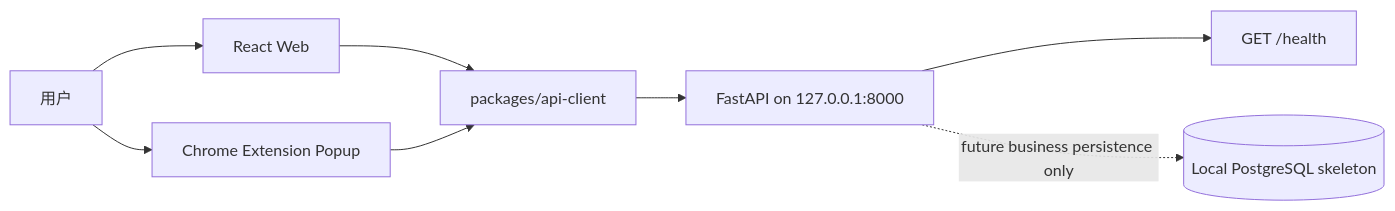
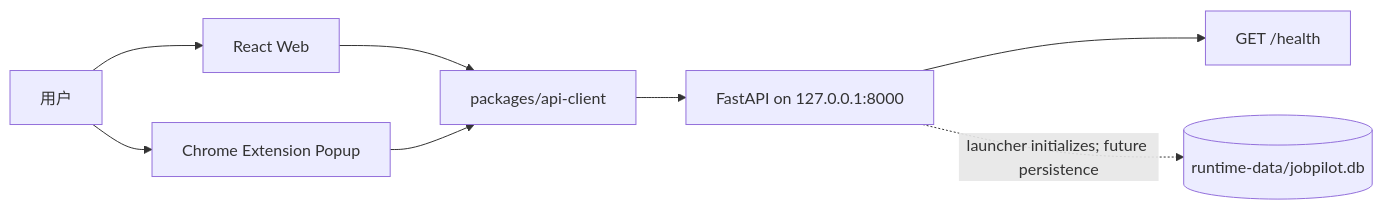
One commit to xiaoxin12138888-svg/JobPilot changed the diagram in docs/ARCHITECTURE.md. Above: the diagram before and after it, drawn with Mermaid. The commit also changed other lines of this file and 14 other files, not shown here.

Commit message:
docs(runtime): finalize sqlite local-first guidance

````diff
--- a/docs/ARCHITECTURE.md
+++ b/docs/ARCHITECTURE.md
@@ -17,18 +17,18 @@
 ```mermaid
 flowchart LR
     U[用户]
     W[React Web]
     E[Chrome Extension Popup]
     C[packages/api-client]
     A[FastAPI on 127.0.0.1:8000]
     H[GET /health]
-    P[(Local PostgreSQL skeleton)]
+    S[(runtime-data/jobpilot.db)]
 
     U --> W
     U --> E
     W --> C
     E --> C
     C --> A
     A --> H
-    A -. future business persistence only .-> P
+    A -. launcher initializes; future persistence .-> S
 ```
````
